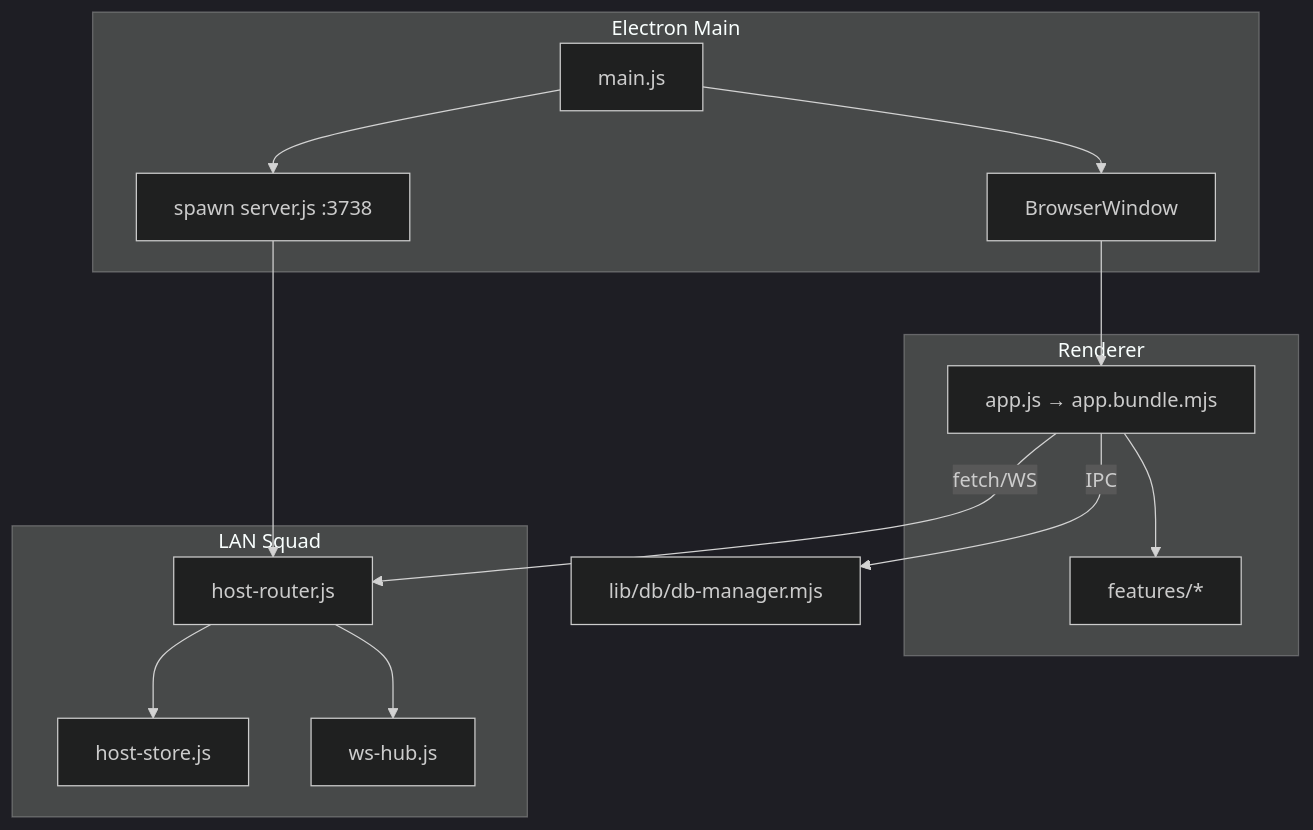
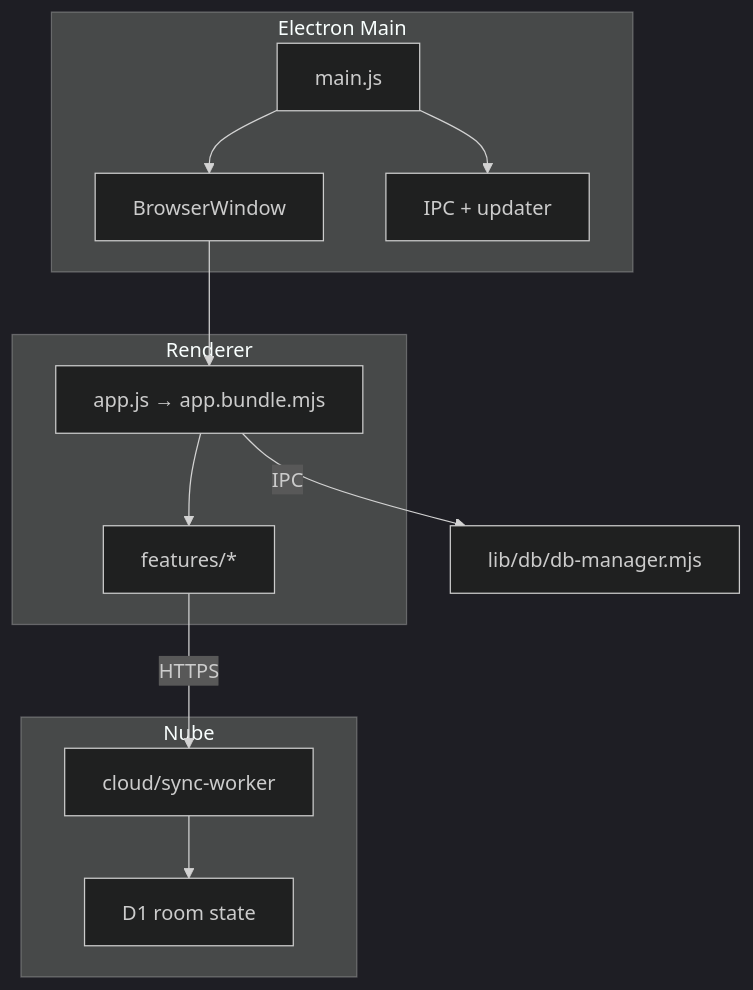
Before and after one commit to mausalas99/r-mas: the diagram in docs/core/08-core-architecture.md, drawn with Mermaid (dark theme). The commit also changed other lines of this file and 1448 other files, not shown here.

````diff
--- a/docs/core/08-core-architecture.md
+++ b/docs/core/08-core-architecture.md
@@ -13,23 +13,20 @@
 ```mermaid
 flowchart TB
   subgraph electron [Electron Main]
     M[main.js]
     M --> W[BrowserWindow]
-    M --> S[spawn server.js :3738]
+    M --> IPC[IPC + updater]
   end
   subgraph renderer [Renderer]
     APP[app.js → app.bundle.mjs]
     APP --> FEAT[features/*]
   end
-  subgraph lan [LAN Squad]
-    HR[host-router.js]
-    HS[host-store.js]
-    WS[ws-hub.js]
+  subgraph nube [Nube]
+    SW[cloud/sync-worker]
+    D1[D1 room state]
   end
   W --> APP
-  APP -->|fetch/WS| HR
-  S --> HR
-  HR --> HS
-  HR --> WS
   APP -->|IPC| DBM[lib/db/db-manager.mjs]
+  FEAT -->|HTTPS| SW
+  SW --> D1
 ```
````
